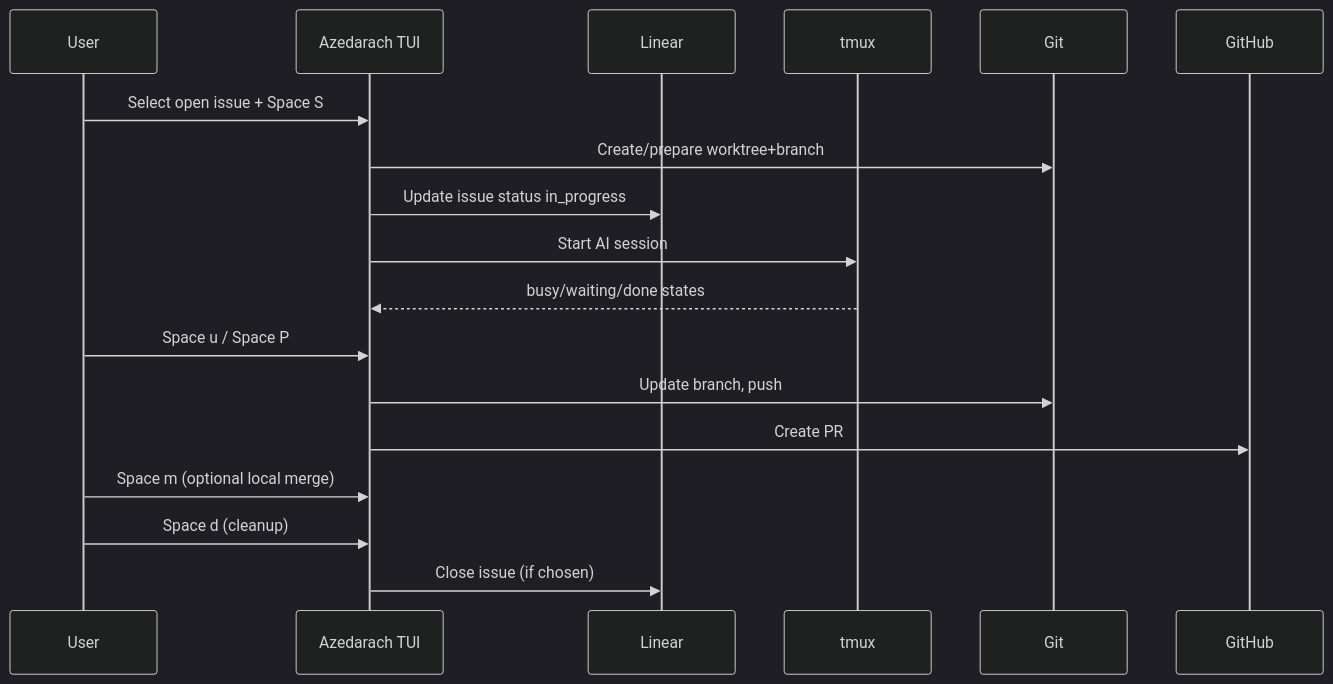
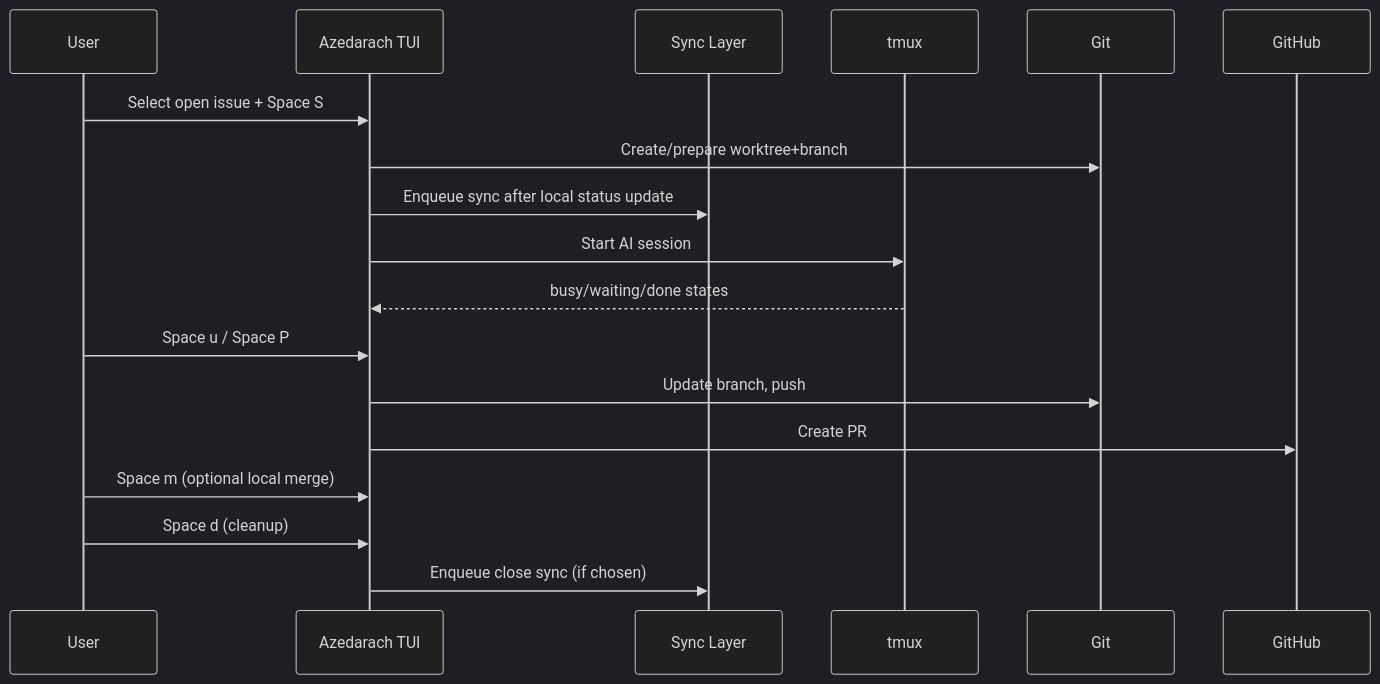
Before and after one commit to riordanpawley/azedarach: the diagram in docs/spec/03-workflow-spec.md, drawn with Mermaid (dark theme). The commit also changed other lines of this file and 8 other files, not shown here.

First line of the commit message:
docs(spec): align workflow spec to local-first sync architecture

````diff
--- a/docs/spec/03-workflow-spec.md
+++ b/docs/spec/03-workflow-spec.md
@@ -422,21 +422,21 @@
 ```mermaid
 sequenceDiagram
   participant U as User
   participant AZ as Azedarach TUI
-  participant BD as Linear
+  participant SY as Sync Layer
   participant TM as tmux
   participant G as Git
   participant GH as GitHub
 
   U->>AZ: Select open issue + Space S
   AZ->>G: Create/prepare worktree+branch
-  AZ->>BD: Update issue status in_progress
+  AZ->>SY: Enqueue sync after local status update
   AZ->>TM: Start AI session
   TM-->>AZ: busy/waiting/done states
   U->>AZ: Space u / Space P
   AZ->>G: Update branch, push
   AZ->>GH: Create PR
   U->>AZ: Space m (optional local merge)
   U->>AZ: Space d (cleanup)
-  AZ->>BD: Close issue (if chosen)
+  AZ->>SY: Enqueue close sync (if chosen)
 ```
````
